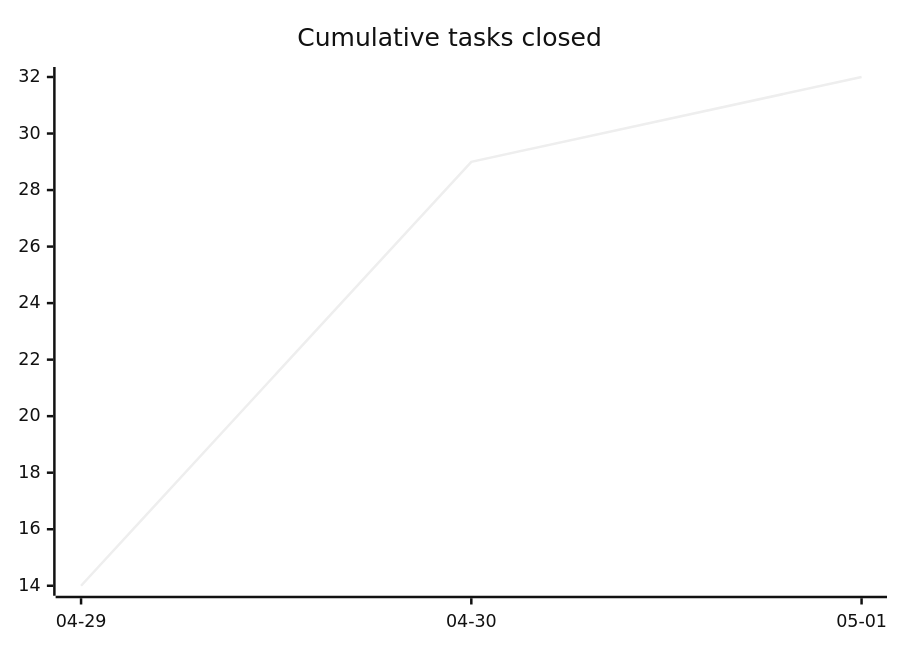
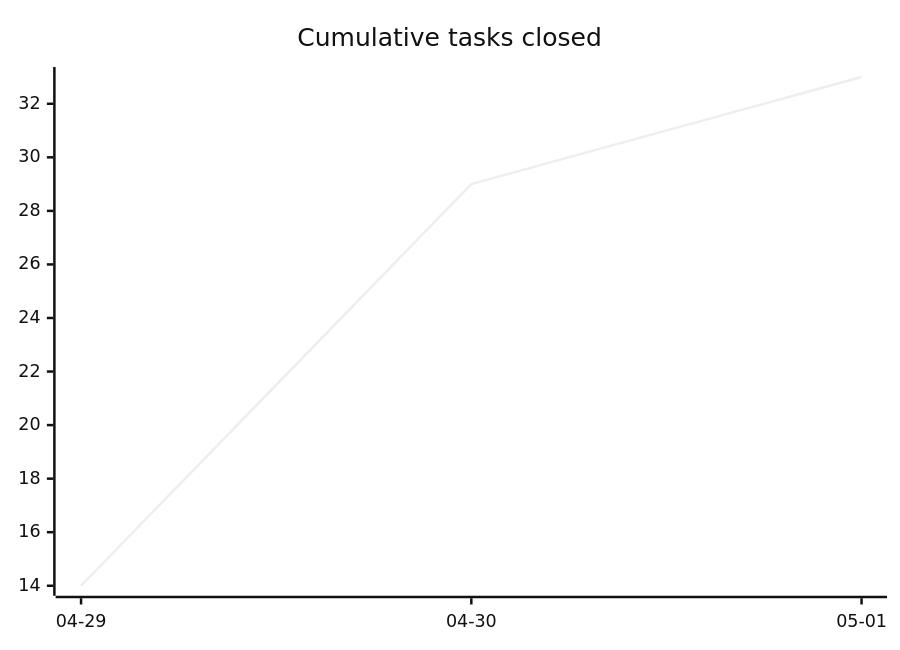
Before and after one commit to tgd1975/AwesomeStudioPedal: the first of 3 diagrams in docs/developers/tasks/OVERVIEW.md, drawn with Mermaid (neutral theme). The commit also changed other lines of this file and 9 other files, not shown here.

````diff
--- a/docs/developers/tasks/OVERVIEW.md
+++ b/docs/developers/tasks/OVERVIEW.md
@@ -22,6 +22,6 @@
 ```mermaid
 xychart-beta
     title "Cumulative tasks closed"
     x-axis ["04-29", "04-30", "05-01"]
-    line [14, 29, 32]
+    line [14, 29, 33]
 ```
````
